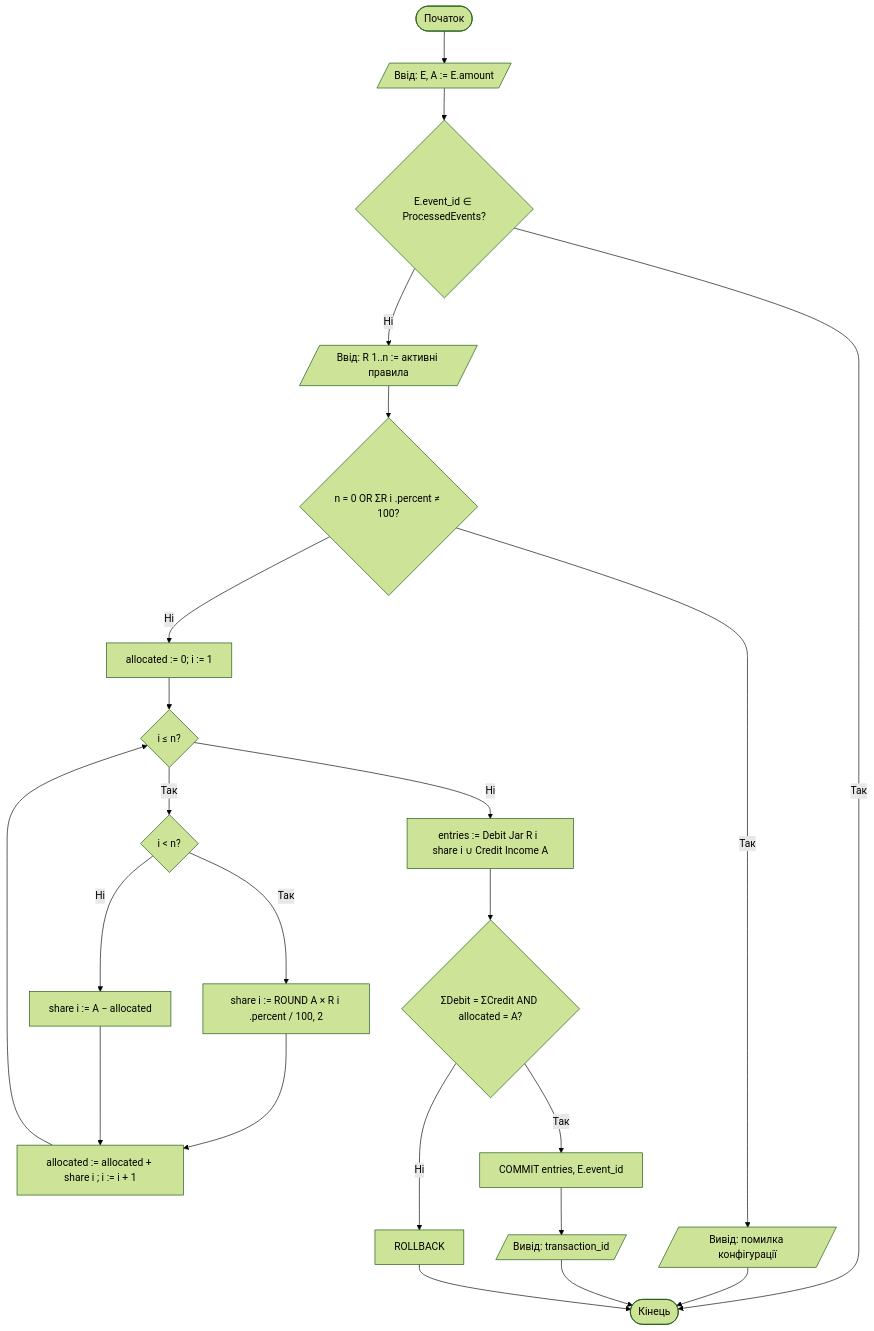
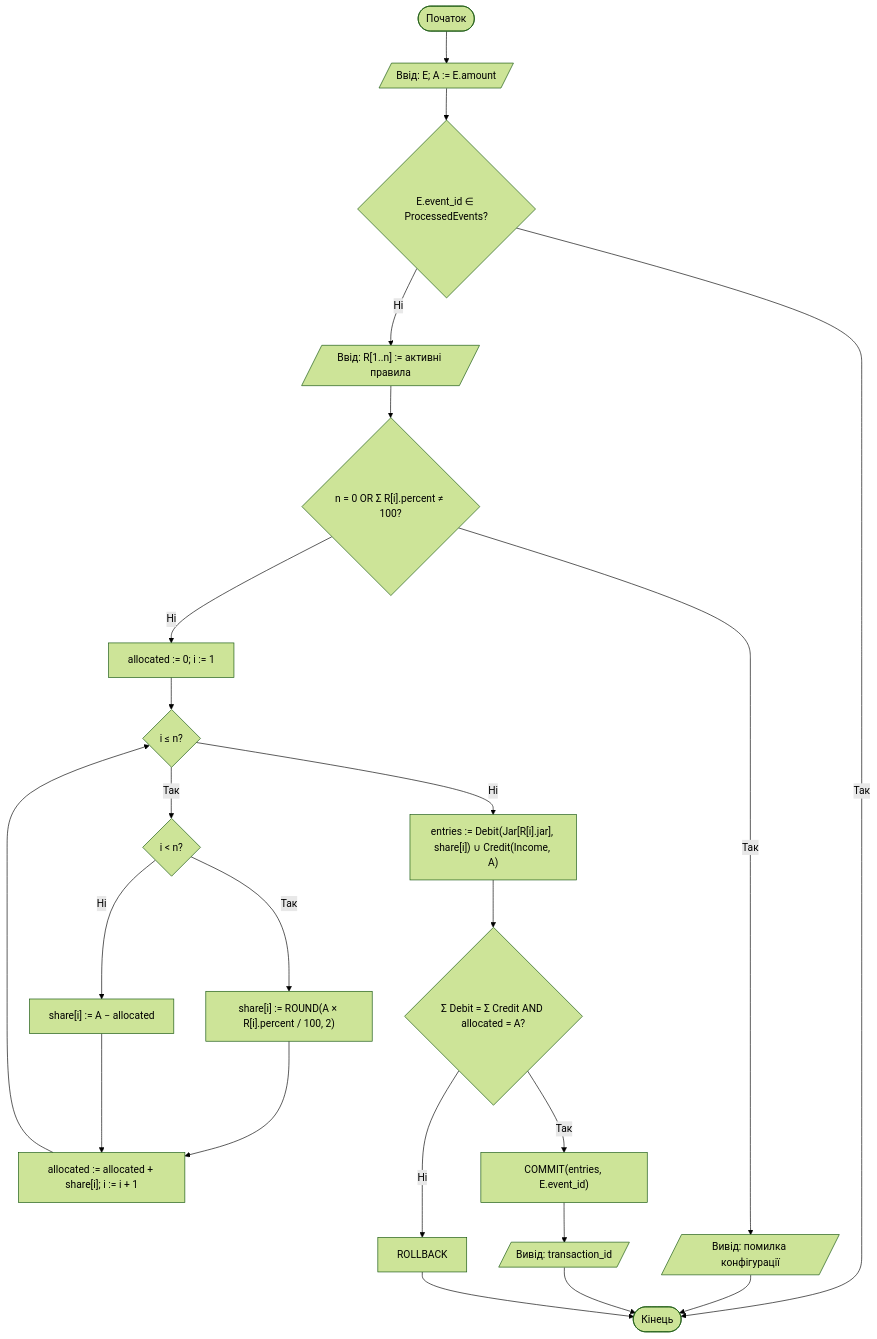
The fifth of 6 diagrams in docs/2_design.md (welodyq12345/F2-diploma-project), drawn with Mermaid (forest theme) before and after one commit. The commit also changed other lines of this file, not shown here.

Commit message:
docs: use array index notation in critical algorithm flowcharts

````diff
--- a/docs/2_design.md
+++ b/docs/2_design.md
@@ -293,23 +293,23 @@
 ```mermaid
 flowchart TD
-    S([Початок]) --> IN[/Ввід: E, A := E.amount/]
-    IN --> D1{E.event_id ∈ ProcessedEvents?}
-    D1 -- Так --> F([Кінець])
-    D1 -- Ні --> RD[/Ввід: R 1..n := активні правила/]
-    RD --> D2{n = 0 OR ΣR i .percent ≠ 100?}
-    D2 -- Так --> ERR[/Вивід: помилка конфігурації/] --> F
-    D2 -- Ні --> P1[allocated := 0; i := 1]
-    P1 --> D3{i ≤ n?}
-    D3 -- Так --> D4{i < n?}
-    D4 -- Так --> P2[share i := ROUND A × R i .percent / 100, 2]
-    D4 -- Ні --> P3[share i := A − allocated]
-    P2 --> P4[allocated := allocated + share i ; i := i + 1]
+    S(["Початок"]) --> IN[/"Ввід: E; A := E.amount"/]
+    IN --> D1{"E.event_id ∈ ProcessedEvents?"}
+    D1 -- Так --> F(["Кінець"])
+    D1 -- Ні --> RD[/"Ввід: R[1..n] := активні правила"/]
+    RD --> D2{"n = 0 OR Σ R[i].percent ≠ 100?"}
+    D2 -- Так --> ERR[/"Вивід: помилка конфігурації"/] --> F
+    D2 -- Ні --> P1["allocated := 0; i := 1"]
+    P1 --> D3{"i ≤ n?"}
+    D3 -- Так --> D4{"i < n?"}
+    D4 -- Так --> P2["share[i] := ROUND(A × R[i].percent / 100, 2)"]
+    D4 -- Ні --> P3["share[i] := A − allocated"]
+    P2 --> P4["allocated := allocated + share[i]; i := i + 1"]
     P3 --> P4
     P4 --> D3
-    D3 -- Ні --> P5[entries := Debit Jar R i  share i ∪ Credit Income A]
-    P5 --> D5{ΣDebit = ΣCredit AND allocated = A?}
-    D5 -- Так --> P6[COMMIT entries, E.event_id]
-    D5 -- Ні --> P7[ROLLBACK]
-    P6 --> OUT[/Вивід: transaction_id/] --> F
+    D3 -- Ні --> P5["entries := Debit(Jar[R[i].jar], share[i]) ∪ Credit(Income, A)"]
+    P5 --> D5{"Σ Debit = Σ Credit AND allocated = A?"}
+    D5 -- Так --> P6["COMMIT(entries, E.event_id)"]
+    D5 -- Ні --> P7["ROLLBACK"]
+    P6 --> OUT[/"Вивід: transaction_id"/] --> F
     P7 --> F
 ```
````
